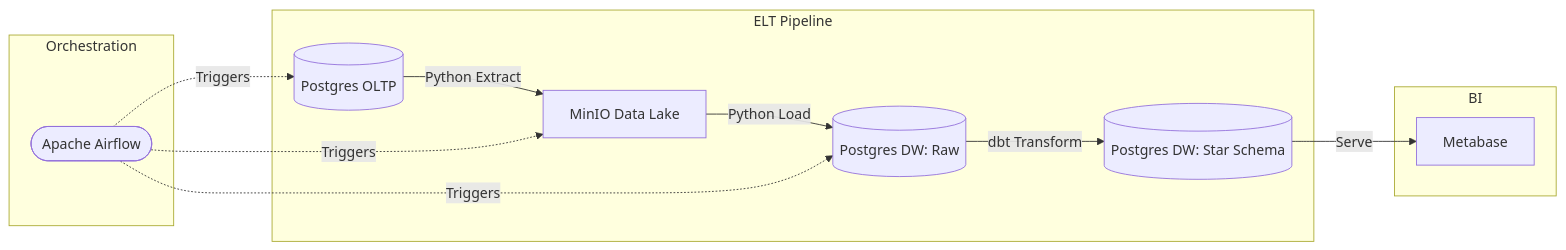
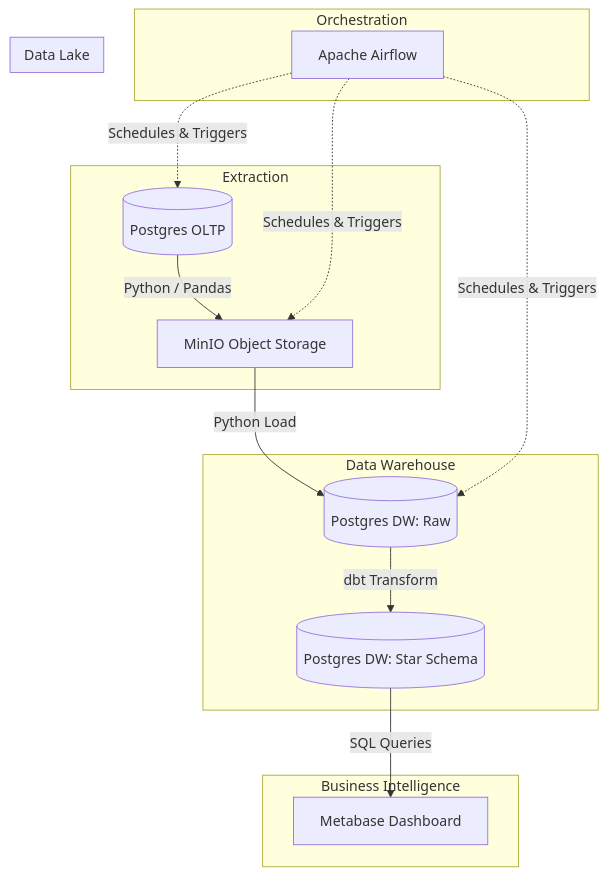
One commit to rtmagar/ecommerce-elt-pipeline changed the diagram in README.md. Above: the diagram before and after it, drawn with Mermaid.

````diff
--- a/README.md
+++ b/README.md
@@ -33,20 +33,27 @@
 ```mermaid
-graph LR
+graph TD
     subgraph Orchestration
-        A([Apache Airflow])
+        A[Apache Airflow]
     end
 
-    subgraph ELT Pipeline
-        B[(Postgres OLTP)] -->|Python Extract| C[MinIO Data Lake]
+    subgraph Extraction
+        B[(Postgres OLTP)] -->|Python / Pandas| C
+    end
+
+    subgraph Data Lake
+        C[MinIO Object Storage]
+    end
+
+    subgraph Data Warehouse
         C -->|Python Load| D[(Postgres DW: Raw)]
         D -->|dbt Transform| E[(Postgres DW: Star Schema)]
     end
 
-    subgraph BI
-        E -->|Serve| F[Metabase]
+    subgraph Business Intelligence
+        E -->|SQL Queries| F[Metabase Dashboard]
     end
 
-    A -.->|Triggers| B
-    A -.->|Triggers| C
-    A -.->|Triggers| D
+    A -.->|Schedules & Triggers| B
+    A -.->|Schedules & Triggers| C
+    A -.->|Schedules & Triggers| D
 ```
````
